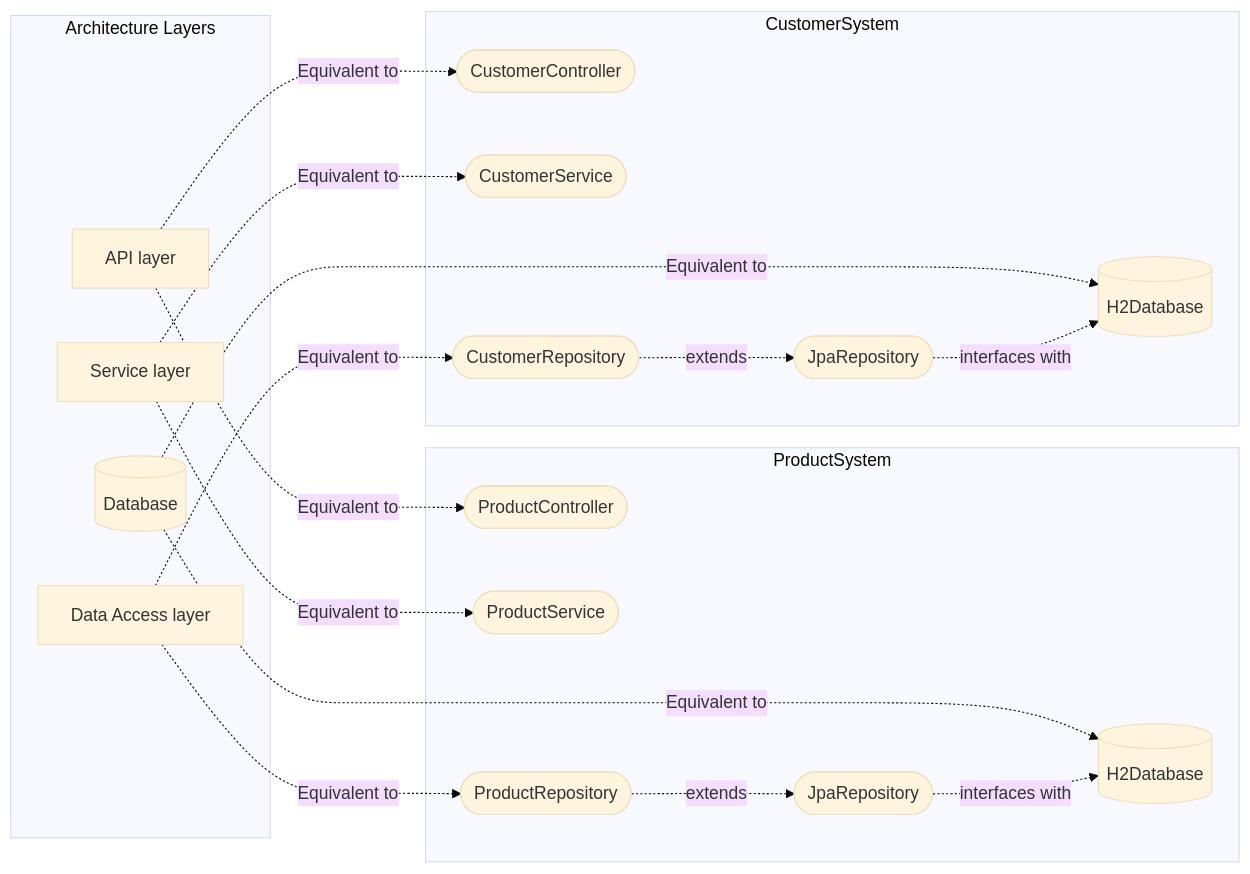
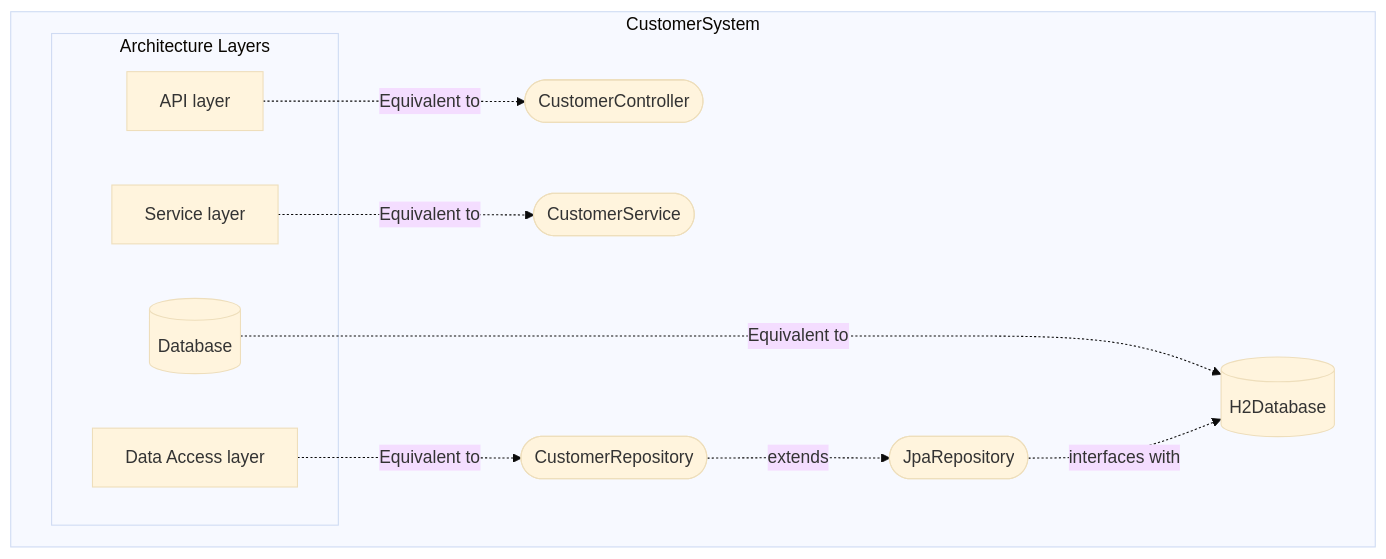
The first of 4 diagrams in README.md (pauls0/uow-csci318-groupproject), drawn with Mermaid (base theme) before and after one commit. The commit also changed other lines of this file, not shown here.

````diff
--- a/README.md
+++ b/README.md
@@ -465,35 +465,22 @@
 ```mermaid
-graph LR
-  subgraph Architecture Layers
-    A[API layer]
-    B[Service layer]
-    C[Data Access layer]
-    D[(Database)]
-  end
-  subgraph ProductSystem
-    Class6([ProductController])
-    Class7([ProductService])
-    Class8([ProductRepository])
-    Class9([JpaRepository])
-    Class10[(H2Database)]
-  end
+graph TB
   subgraph CustomerSystem
     Class1([CustomerController])
     Class2([CustomerService])
     Class3([CustomerRepository])
     Class4([JpaRepository])
     Class5[(H2Database)]
+    subgraph Architecture Layers
+        A[API layer]
+        B[Service layer]
+        C[Data Access layer]
+        D[(Database)]
+    end
   end
   A -.->|Equivalent to| Class1
   B -.->|Equivalent to| Class2
   C -.->|Equivalent to| Class3
   D -.->|Equivalent to| Class5
   Class3 -.->|extends| Class4
   Class4 -.->|interfaces with| Class5
-  A -.->|Equivalent to| Class6
-  B -.->|Equivalent to| Class7
-  C -.->|Equivalent to| Class8
-  D -.->|Equivalent to| Class10
-  Class8 -.->|extends| Class9
-  Class9 -.->|interfaces with| Class10
 ```
````
